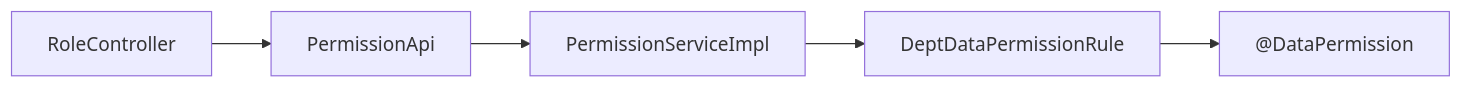
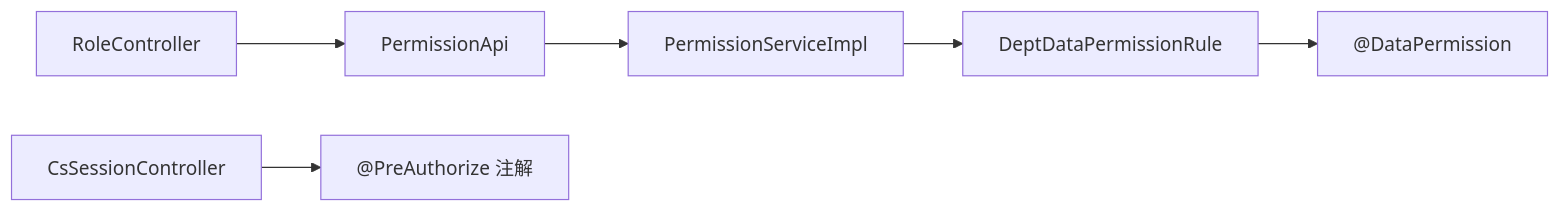
The sixth of 6 diagrams in .qoder/repowiki/zh/content/核心模块/系统管理模块/角色权限.md (xiaoche80s-tech/rouyi-vue-pro), drawn with Mermaid before and after one commit. The commit also changed other lines of this file and 331 other files, not shown here.

````diff
--- a/.qoder/repowiki/zh/content/核心模块/系统管理模块/角色权限.md
+++ b/.qoder/repowiki/zh/content/核心模块/系统管理模块/角色权限.md
@@ -279,7 +357,8 @@
 ```mermaid
 graph LR
 CTRL["RoleController"] --> API["PermissionApi"]
 API --> SVC["PermissionServiceImpl"]
 SVC --> RULE["DeptDataPermissionRule"]
 RULE --> ANNOT["@DataPermission"]
+CSCTRL["CsSessionController"] --> PERM["@PreAuthorize 注解"]
 ```
````
